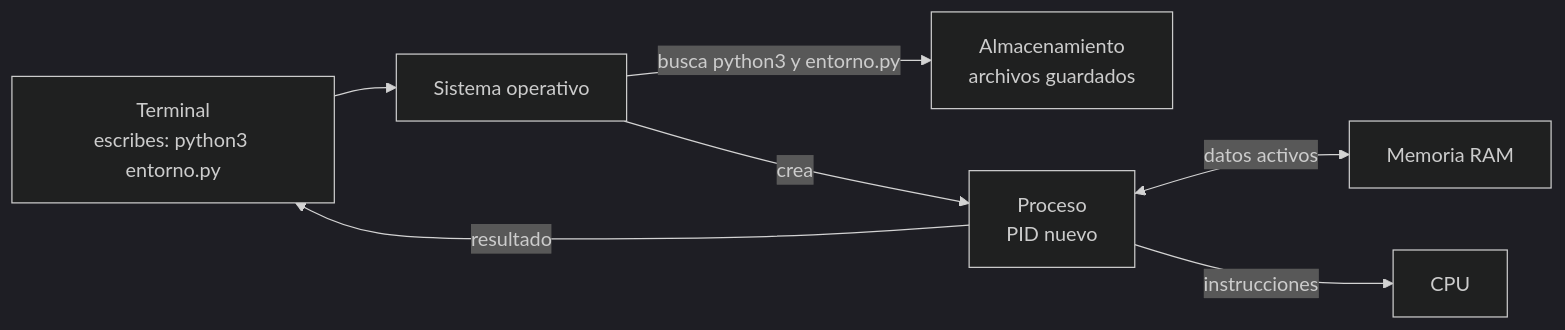
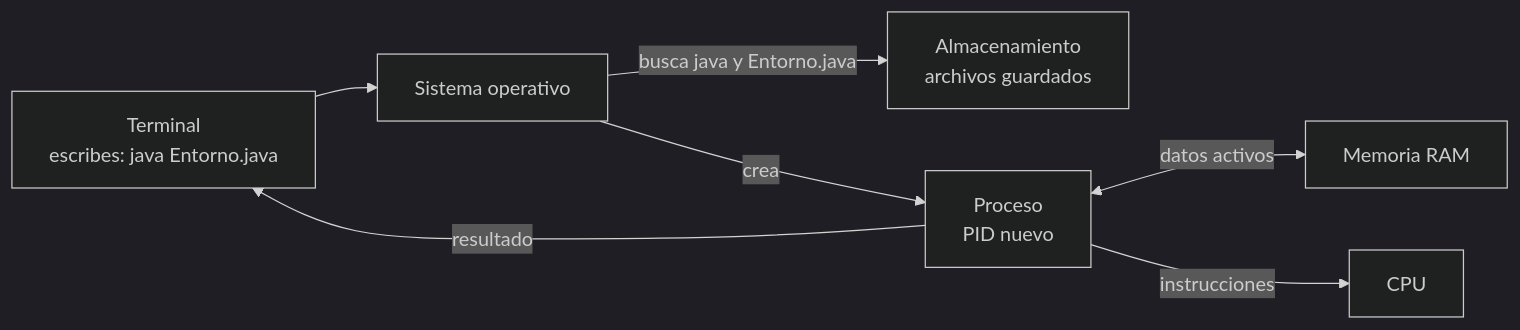
One commit to NICORUIZ93/The_Imperial_Book changed the second of 7 diagrams in web/public/content/foundations/modulo-0.md. Above: the diagram before and after it, drawn with Mermaid (dark theme). The commit also changed other lines of this file and 4 other files, not shown here.

````diff
--- a/web/public/content/foundations/modulo-0.md
+++ b/web/public/content/foundations/modulo-0.md
@@ -189,9 +193,9 @@
 ```mermaid
 flowchart LR
-    T["Terminal<br/>escribes: python3 entorno.py"] --> SO["Sistema operativo"]
-    SO -->|"busca python3 y entorno.py"| DISK["Almacenamiento<br/>archivos guardados"]
+    T["Terminal<br/>escribes: java Entorno.java"] --> SO["Sistema operativo"]
+    SO -->|"busca java y Entorno.java"| DISK["Almacenamiento<br/>archivos guardados"]
     SO -->|"crea"| P["Proceso<br/>PID nuevo"]
     P <-->|"datos activos"| RAM["Memoria RAM"]
     P -->|"instrucciones"| CPU["CPU"]
     P -->|"resultado"| T
 ```
````
